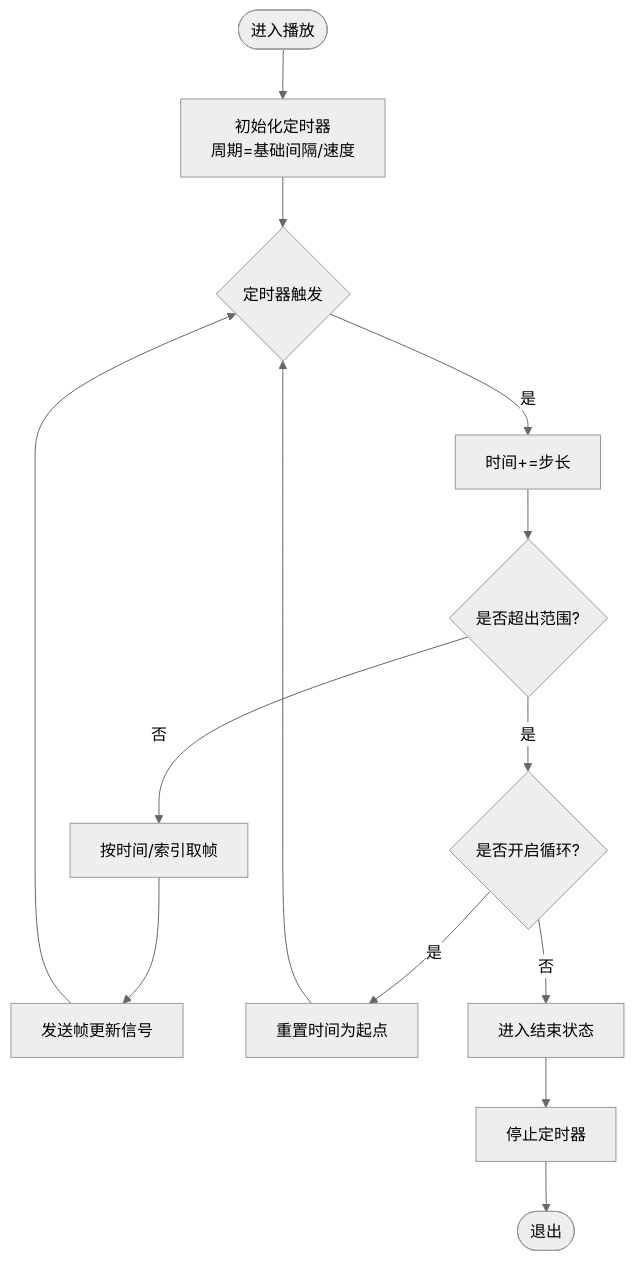
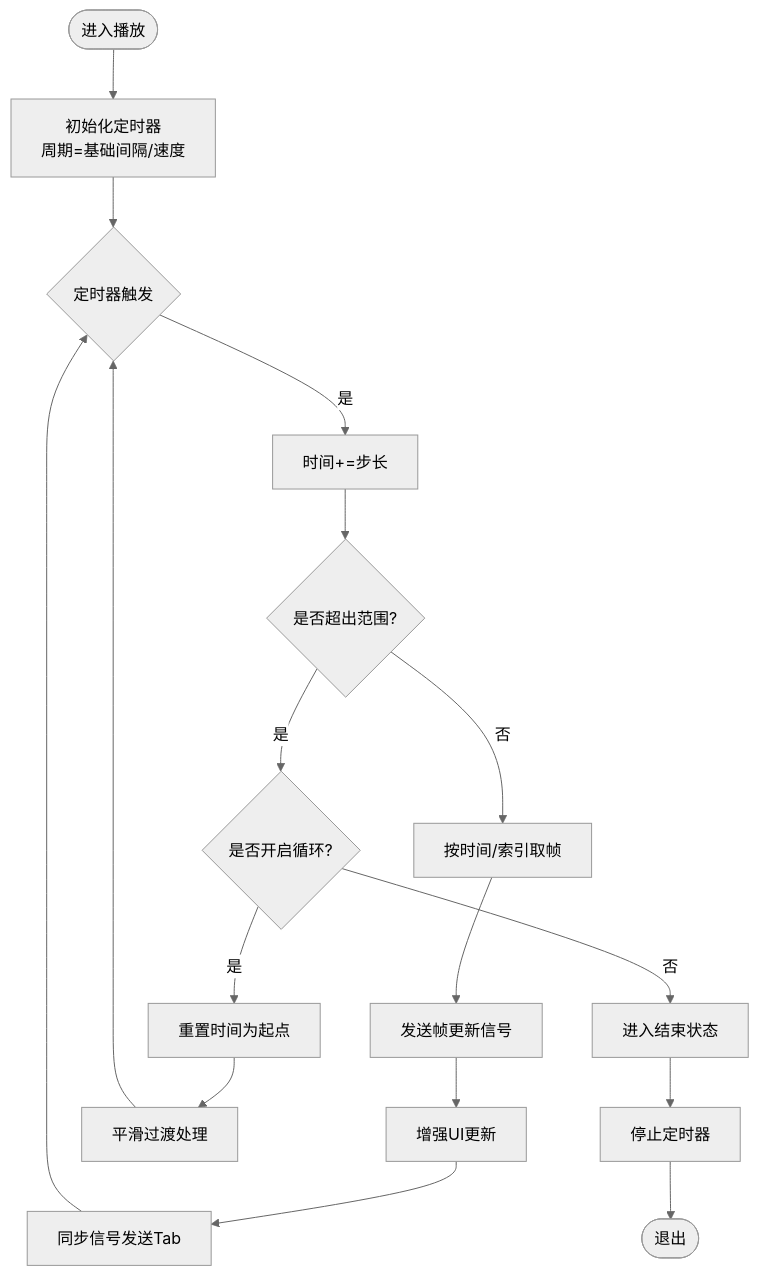
The fourth of 6 diagrams in .qoder/repowiki/zh/content/架构设计/UI系统设计/播放控制Tab组件.md (jakecai1225-design/OpenBus), drawn with Mermaid (neutral theme) before and after one commit. The commit also changed other lines of this file and 59 other files, not shown here.

````diff
--- a/.qoder/repowiki/zh/content/架构设计/UI系统设计/播放控制Tab组件.md
+++ b/.qoder/repowiki/zh/content/架构设计/UI系统设计/播放控制Tab组件.md
@@ -197,16 +248,19 @@
 ```mermaid
 flowchart TD
 Start(["进入播放"]) --> InitTimer["初始化定时器<br/>周期=基础间隔/速度"]
 InitTimer --> Tick{"定时器触发"}
 Tick --> |是| Advance["时间+=步长"]
 Advance --> CheckBounds{"是否超出范围?"}
 CheckBounds --> |否| FetchFrame["按时间/索引取帧"]
 FetchFrame --> EmitSignal["发送帧更新信号"]
-EmitSignal --> Tick
+EmitSignal --> EnhancedUpdate["增强UI更新"]
+EnhancedUpdate --> SyncSignalTab["同步信号发送Tab"]
+SyncSignalTab --> Tick
 CheckBounds --> |是| LoopPolicy{"是否开启循环?"}
 LoopPolicy --> |是| Reset["重置时间为起点"]
-Reset --> Tick
+Reset --> SmoothTransition["平滑过渡处理"]
+SmoothTransition --> Tick
 LoopPolicy --> |否| EndState["进入结束状态"]
 EndState --> StopTimer["停止定时器"]
 StopTimer --> Exit(["退出"])
 ```
````
